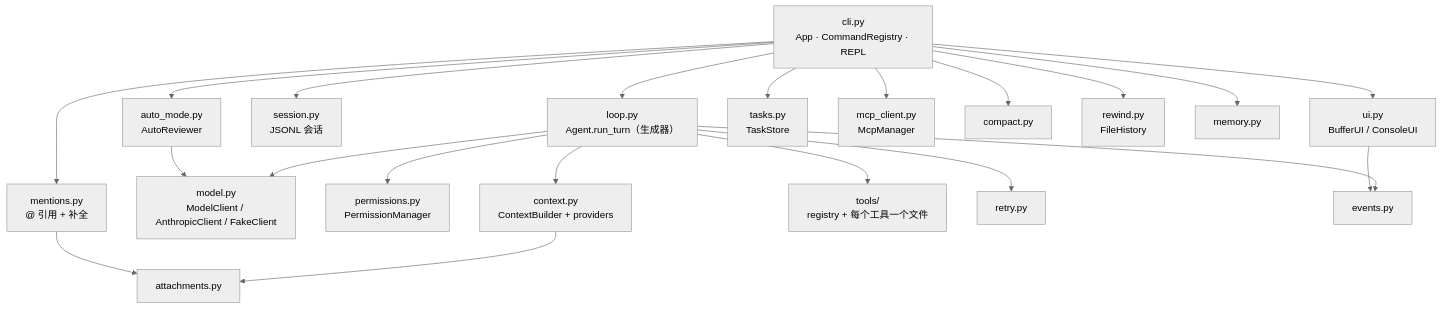
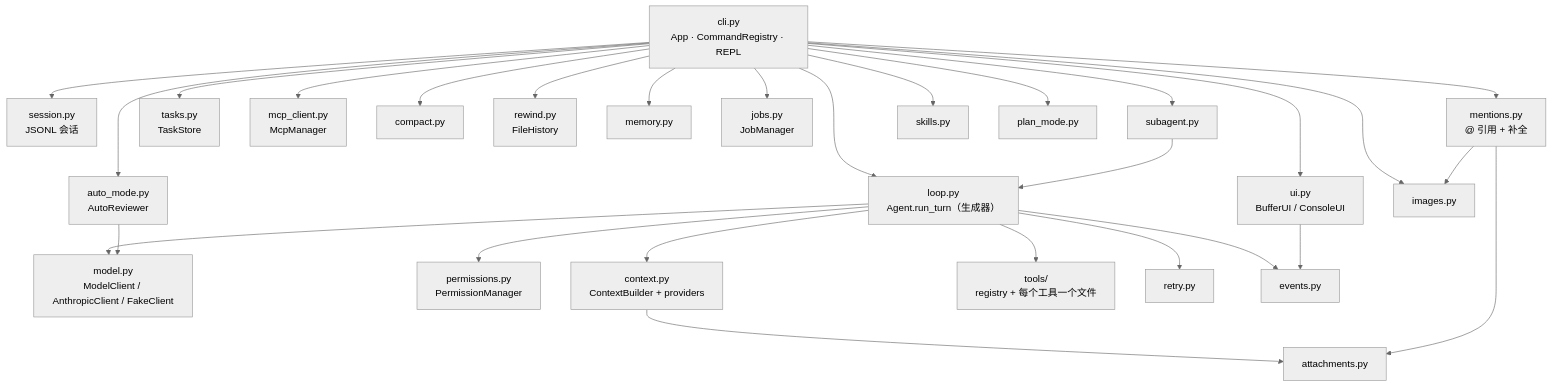
Before and after one commit to advence-liz/agent-learning: the first of 2 diagrams in code/mini_cc/ARCHITECTURE.md, drawn with Mermaid (neutral theme). The commit also changed other lines of this file and 11 other files, not shown here.

````diff
--- a/code/mini_cc/ARCHITECTURE.md
+++ b/code/mini_cc/ARCHITECTURE.md
@@ -13,23 +13,30 @@
 ```mermaid
 flowchart TB
     cli["cli.py<br/>App · CommandRegistry · REPL"] --> loop
     cli --> ui["ui.py<br/>BufferUI / ConsoleUI"]
     cli --> session["session.py<br/>JSONL 会话"]
     cli --> mentions["mentions.py<br/>@ 引用 + 补全"]
     cli --> auto["auto_mode.py<br/>AutoReviewer"]
     cli --> tasks["tasks.py<br/>TaskStore"]
     cli --> mcp["mcp_client.py<br/>McpManager"]
     cli --> compact["compact.py"]
     cli --> rewind["rewind.py<br/>FileHistory"]
     cli --> memory["memory.py"]
+    cli --> jobs["jobs.py<br/>JobManager"]
+    cli --> subagent["subagent.py"]
+    cli --> skills["skills.py"]
+    cli --> plan["plan_mode.py"]
+    cli --> images["images.py"]
+    subagent --> loop
+    mentions --> images
     loop["loop.py<br/>Agent.run_turn（生成器）"] --> model["model.py<br/>ModelClient / AnthropicClient / FakeClient"]
     loop --> perms["permissions.py<br/>PermissionManager"]
     loop --> context["context.py<br/>ContextBuilder + providers"]
     loop --> tools["tools/<br/>registry + 每个工具一个文件"]
     loop --> retry["retry.py"]
     loop --> events["events.py"]
     context --> attachments["attachments.py"]
     mentions --> attachments
     auto --> model
     ui --> events
 ```
````
